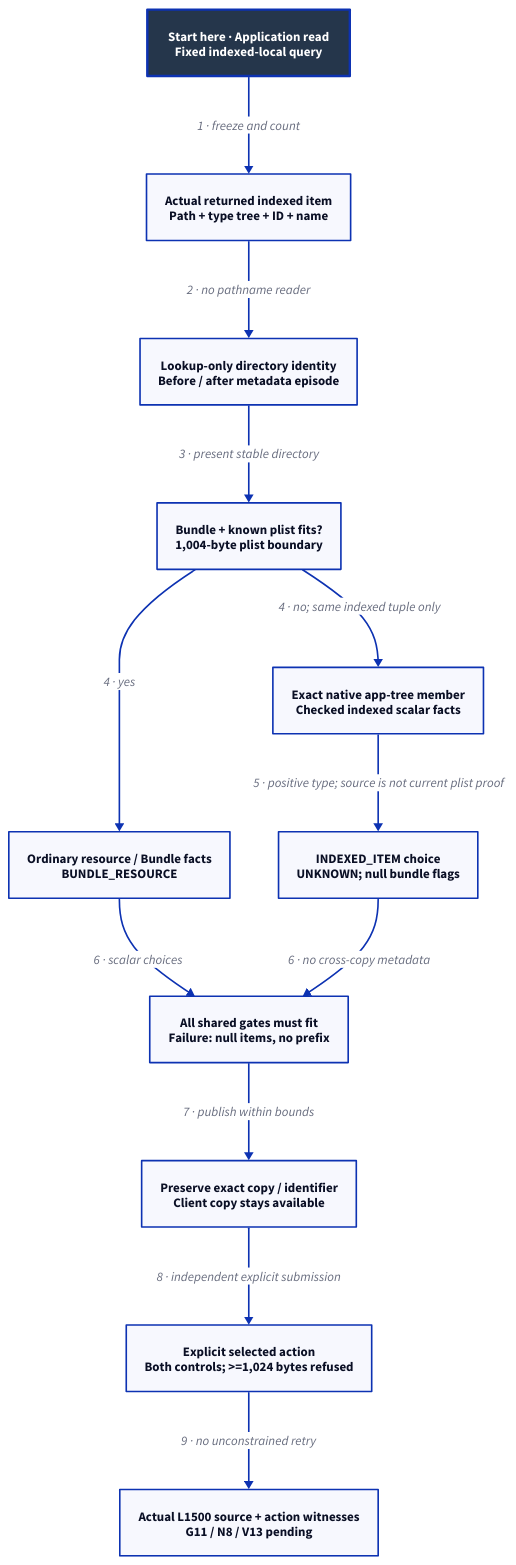
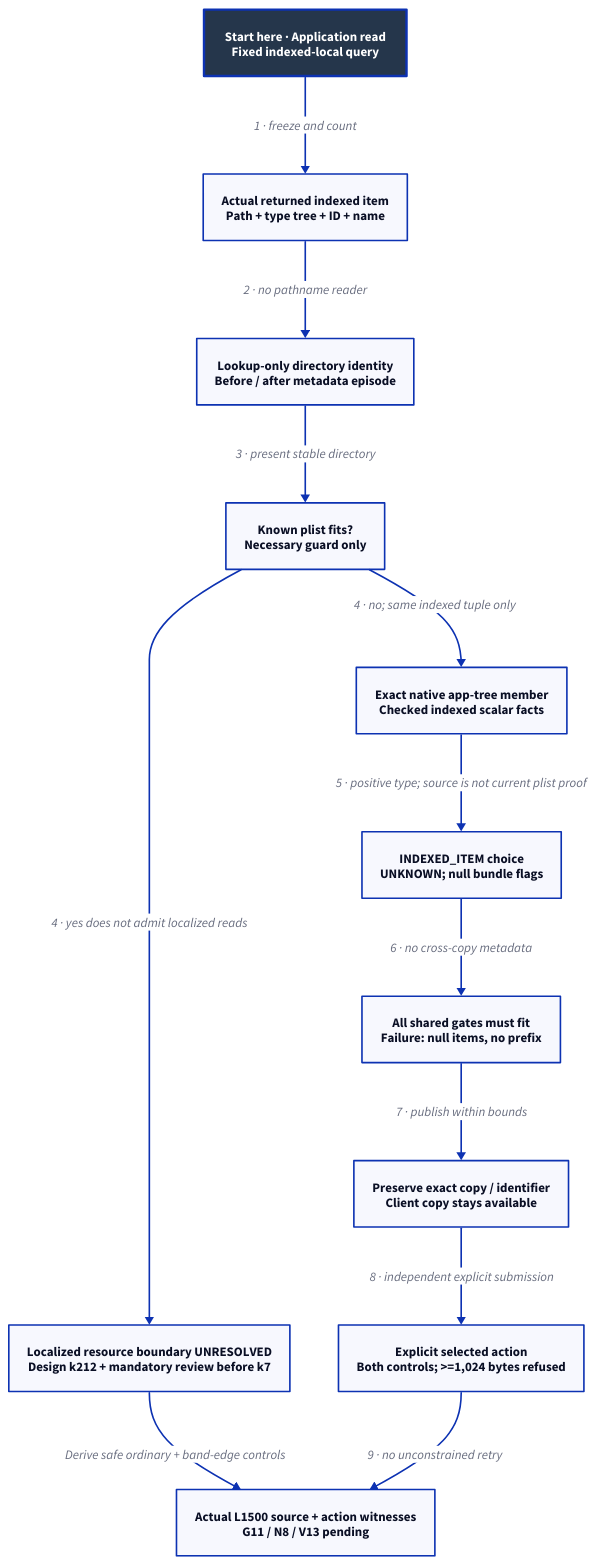
The diagram in docs/design/architecture/native-long-applications.d2 (Linkuistics/Koine), drawn with D2 before and after one commit. The commit also changed 113 other files, not shown here.

Commit message:
Integrate native discovery review and isolate localized reader redesign (native-discovery-k211)

```diff
--- a/docs/design/architecture/native-long-applications.d2
+++ b/docs/design/architecture/native-long-applications.d2
@@ -1,27 +1,27 @@
 # Component/activity view of indexed long metadata; design only, native pending.
 direction: down
 classes: {
   start: {style: {fill: "#25364B"; font-color: "#FFFFFF"; bold: true; stroke-width: 3}}
 }
 Start: "Start here · Application read\nFixed indexed-local query" {class: start}
 Item: "Actual returned indexed item\nPath + type tree + ID + name"
 Identity: "Lookup-only directory identity\nBefore / after metadata episode"
-Boundary: "Bundle + known plist fits?\n1,004-byte plist boundary"
-Short: "Ordinary resource / Bundle facts\nBUNDLE_RESOURCE"
+Boundary: "Known plist fits?\nNecessary guard only"
+Short: "Localized resource boundary UNRESOLVED\nDesign k212 + mandatory review before k7"
 Long: "Exact native app-tree member\nChecked indexed scalar facts"
 Unknown: "INDEXED_ITEM choice\nUNKNOWN; null bundle flags"
 Limits: "All shared gates must fit\nFailure: null items, no prefix"
 Client: "Preserve exact copy / identifier\nClient copy stays available"
 Action: "Explicit selected action\nBoth controls; >=1,024 bytes refused"
 Qualify: "Actual L1500 source + action witnesses\nG11 / N8 / V13 pending"
 Start -> Item: "1 · freeze and count"
 Item -> Identity: "2 · no pathname reader"
 Identity -> Boundary: "3 · present stable directory"
-Boundary -> Short: "4 · yes"
+Boundary -> Short: "4 · yes does not admit localized reads"
 Boundary -> Long: "4 · no; same indexed tuple only"
 Long -> Unknown: "5 · positive type; source is not current plist proof"
-Short -> Limits: "6 · scalar choices"
+Short -> Qualify: "Derive safe ordinary + band-edge controls"
 Unknown -> Limits: "6 · no cross-copy metadata"
 Limits -> Client: "7 · publish within bounds"
 Client -> Action: "8 · independent explicit submission"
 Action -> Qualify: "9 · no unconstrained retry"
```
